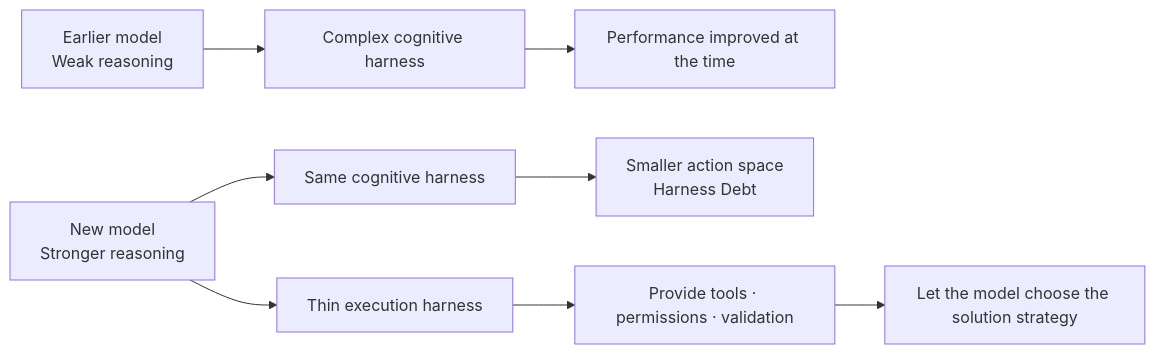
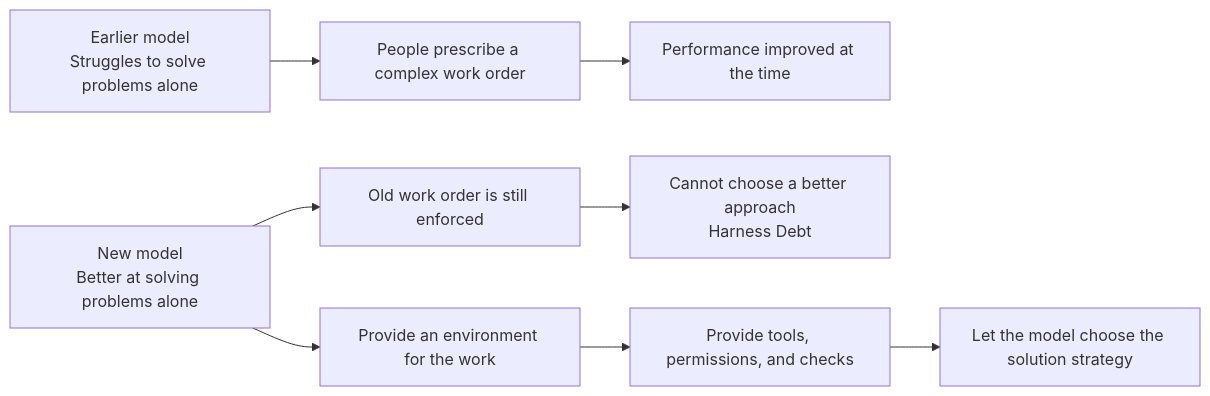
One commit to haandol/haandol.github.com changed the fourth of 4 diagrams in _en/2026-09-06-my-thoughts-on-aws-ai-dlc.md. Above: the diagram before and after it, drawn with Mermaid. The commit also changed other lines of this file and 2 other files, not shown here.

````diff
--- a/_en/2026-09-06-my-thoughts-on-aws-ai-dlc.md
+++ b/_en/2026-09-06-my-thoughts-on-aws-ai-dlc.md
@@ -210,12 +212,12 @@
 ```mermaid
 flowchart LR
-    M1["Earlier model<br/>Weak reasoning"] --> H1["Complex cognitive harness"]
+    M1["Earlier model<br/>Struggles to solve problems alone"] --> H1["People prescribe a complex work order"]
     H1 --> G["Performance improved at the time"]
 
-    M2["New model<br/>Stronger reasoning"] --> H2["Same cognitive harness"]
-    H2 --> D["Smaller action space<br/>Harness Debt"]
+    M2["New model<br/>Better at solving problems alone"] --> H2["Old work order is still enforced"]
+    H2 --> D["Cannot choose a better approach<br/>Harness Debt"]
 
-    M2 --> E["Thin execution harness"]
-    E --> T["Provide tools · permissions · validation"]
+    M2 --> E["Provide an environment for the work"]
+    E --> T["Provide tools, permissions, and checks"]
     T --> J["Let the model choose the solution strategy"]
 ```
````
